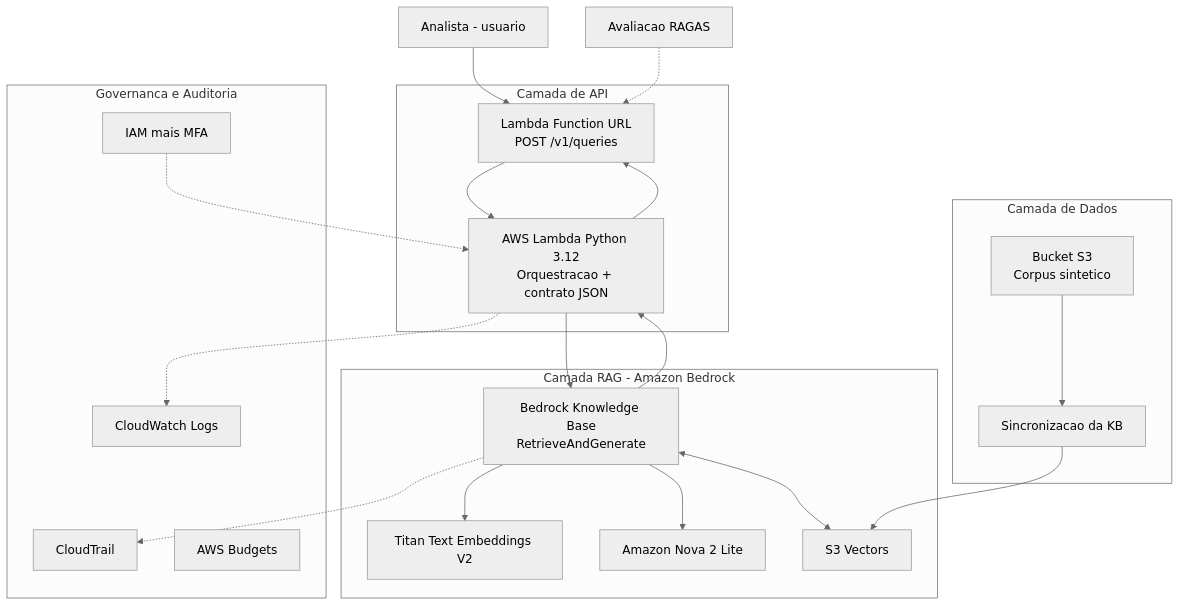
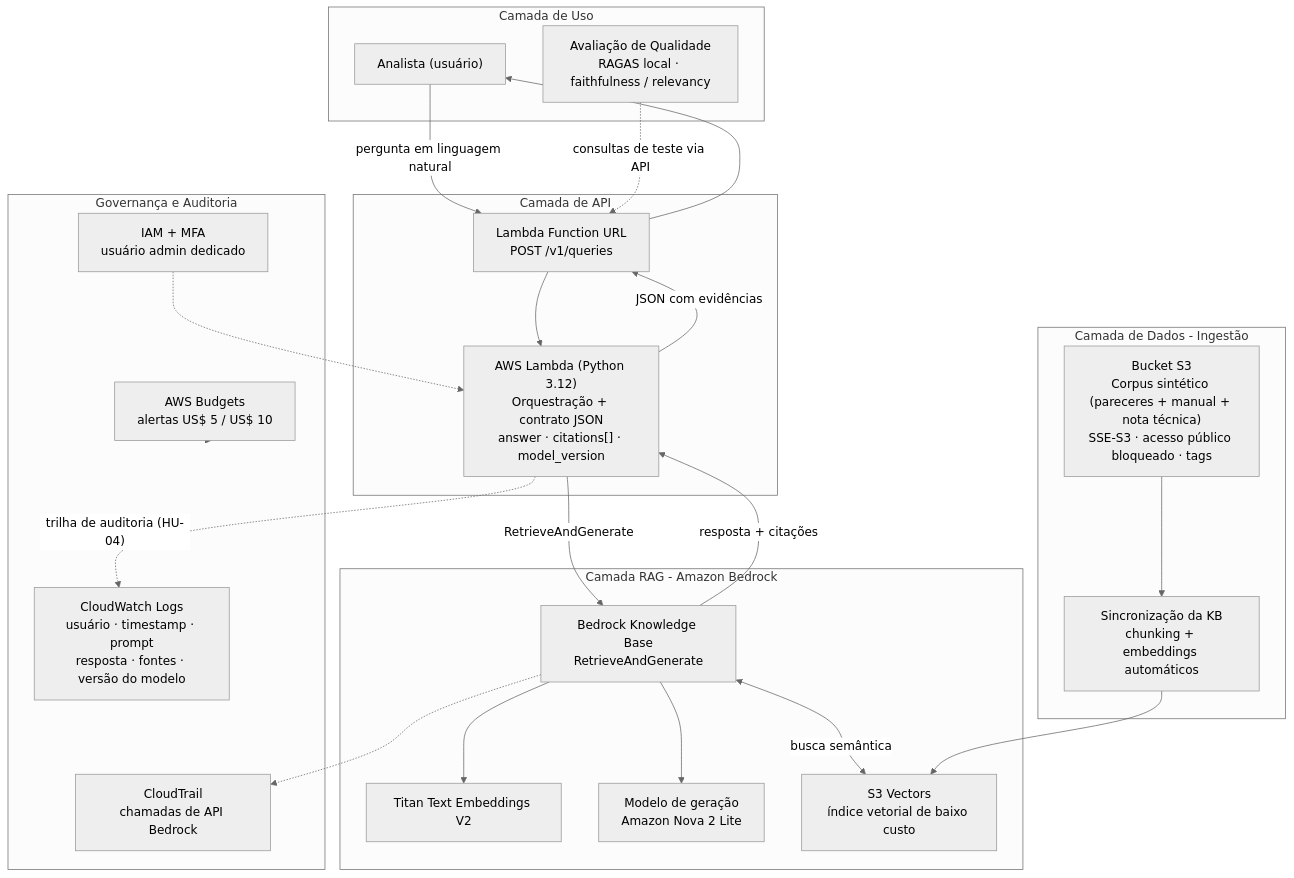
One commit to nilalisson14/case-ba-re-aws-genai changed the diagram in README.md. Above: the diagram before and after it, drawn with Mermaid (neutral theme). The commit also changed other lines of this file, not shown here.

Commit message:
README_fase3.md

````diff
--- a/README.md
+++ b/README.md
@@ -24,45 +24,46 @@
 ```mermaid
 flowchart TB
-    A["Analista - usuario"]
+    subgraph Usuarios["Camada de Uso"]
+        A["Analista (usuário)"]
+        AV["Avaliação de Qualidade<br/>RAGAS local · faithfulness / relevancy"]
+    end
 
     subgraph API["Camada de API"]
         FU["Lambda Function URL<br/>POST /v1/queries"]
-        L["AWS Lambda Python 3.12<br/>Orquestracao + contrato JSON"]
+        L["AWS Lambda (Python 3.12)<br/>Orquestração + contrato JSON<br/>answer · citations[] · model_version"]
     end
 
     subgraph RAG["Camada RAG - Amazon Bedrock"]
         KB["Bedrock Knowledge Base<br/>RetrieveAndGenerate"]
         EMB["Titan Text Embeddings V2"]
-        GEN["Amazon Nova 2 Lite"]
-        VS["S3 Vectors"]
+        GEN["Modelo de geração<br/>Amazon Nova 2 Lite"]
+        VS["S3 Vectors<br/>índice vetorial de baixo custo"]
     end
 
-    subgraph Dados["Camada de Dados"]
-        S3["Bucket S3<br/>Corpus sintetico"]
-        SYNC["Sincronizacao da KB"]
+    subgraph Dados["Camada de Dados - Ingestão"]
+        S3["Bucket S3<br/>Corpus sintético (pareceres + manual + nota técnica)<br/>SSE-S3 · acesso público bloqueado · tags"]
+        SYNC["Sincronização da KB<br/>chunking + embeddings automáticos"]
     end
 
-    subgraph Gov["Governanca e Auditoria"]
-        CW["CloudWatch Logs"]
-        CT["CloudTrail"]
-        BG["AWS Budgets"]
-        IAM["IAM mais MFA"]
+    subgraph Gov["Governança e Auditoria"]
+        CW["CloudWatch Logs<br/>usuário · timestamp · prompt<br/>resposta · fontes · versão do modelo"]
+        CT["CloudTrail<br/>chamadas de API Bedrock"]
+        BG["AWS Budgets<br/>alertas US$ 5 / US$ 10"]
+        IAM["IAM + MFA<br/>usuário admin dedicado"]
     end
 
-    AV["Avaliacao RAGAS"]
-
-    A --> FU
+    A -->|"pergunta em linguagem natural"| FU
     FU --> L
-    L --> KB
+    L -->|"RetrieveAndGenerate"| KB
     KB --> EMB
     KB --> GEN
-    KB <--> VS
-    S3 --> SYNC
-    SYNC --> VS
-    KB --> L
-    L --> FU
-    L -.-> CW
+    KB <-->|"busca semântica"| VS
+    S3 --> SYNC --> VS
+    KB -->|"resposta + citações"| L
+    L -->|"JSON com evidências"| FU --> A
+    L -.->|"trilha de auditoria (HU-04)"| CW
     KB -.-> CT
-    AV -.-> FU
+    AV -.->|"consultas de teste via API"| FU
     IAM -.-> L
+    BG -.-> Gov
 ```
````
